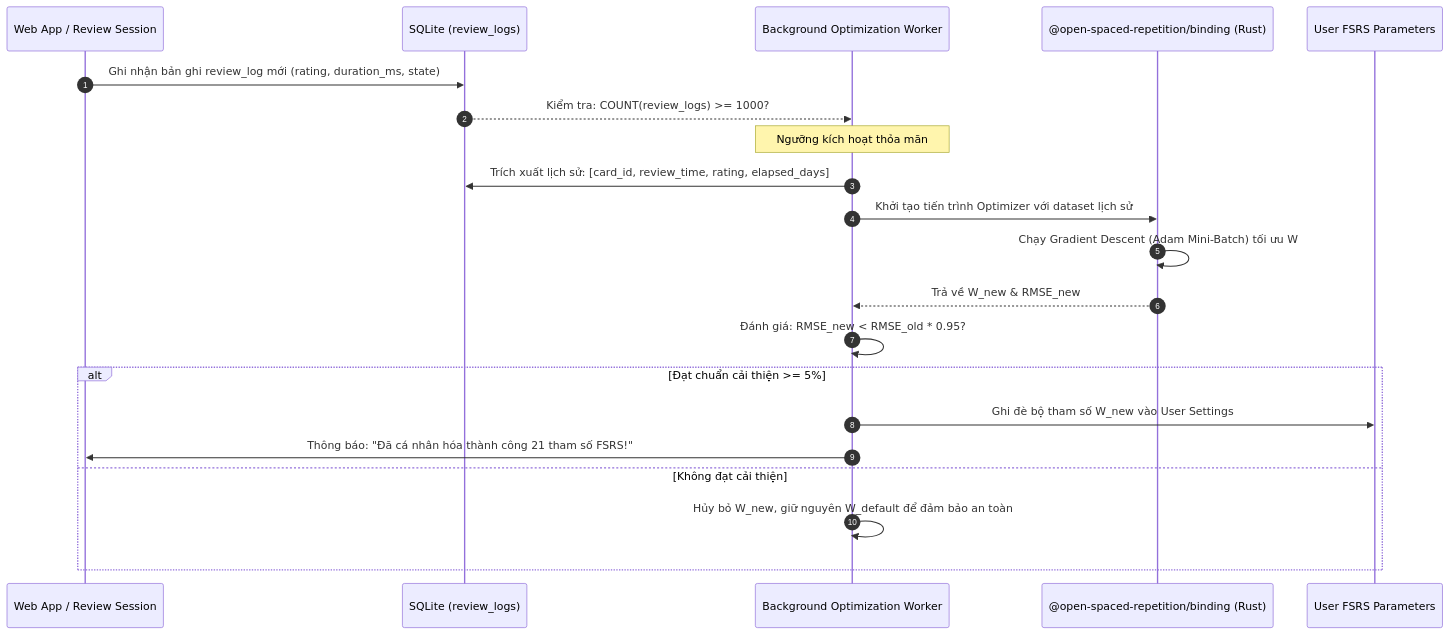
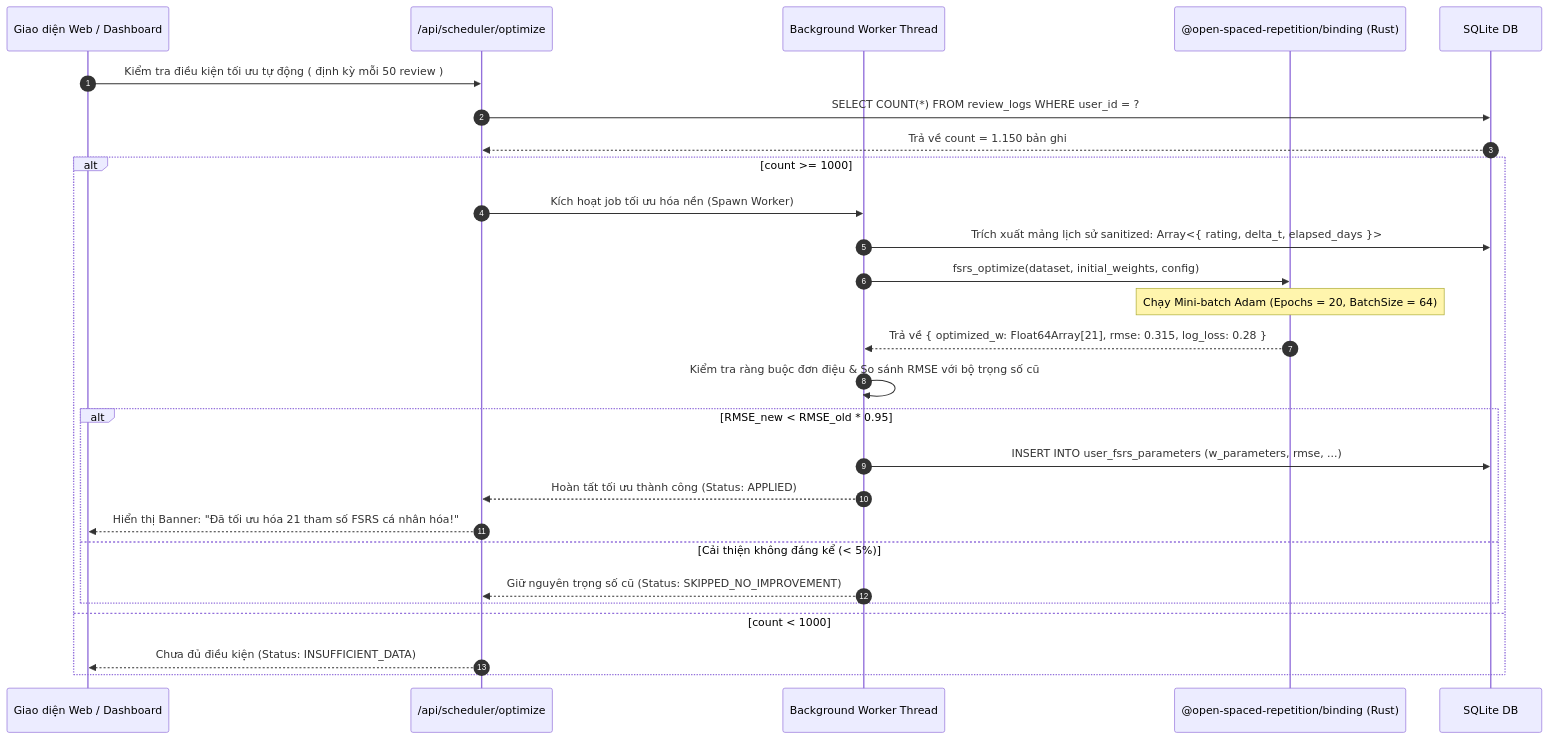
Before and after one commit to egbertbritannia-cpu/japanese-srs-system: the first of 2 diagrams in doc/14_PILLAR_1_ADAPTIVE_FSRS_AND_SEMANTIC_INTERFERENCE.md, drawn with Mermaid. The commit also changed other lines of this file and 6 other files, not shown here.

````diff
--- a/doc/14_PILLAR_1_ADAPTIVE_FSRS_AND_SEMANTIC_INTERFERENCE.md
+++ b/doc/14_PILLAR_1_ADAPTIVE_FSRS_AND_SEMANTIC_INTERFERENCE.md
@@ -43,24 +64,30 @@
 ```mermaid
 sequenceDiagram
     autonumber
-    participant Client as Web App / Review Session
-    participant DB as SQLite (review_logs)
-    participant Worker as Background Optimization Worker
+    participant UI as Giao diện Web / Dashboard
+    participant API as /api/scheduler/optimize
+    participant Worker as Background Worker Thread
     participant WASM as @open-spaced-repetition/binding (Rust)
-    participant Config as User FSRS Parameters
+    participant DB as SQLite DB
 
-    Client->>DB: Ghi nhận bản ghi review_log mới (rating, duration_ms, state)
-    DB-->>Worker: Kiểm tra: COUNT(review_logs) >= 1000?
-    Note over Worker: Ngưỡng kích hoạt thỏa mãn
-    Worker->>DB: Trích xuất lịch sử: [card_id, review_time, rating, elapsed_days]
-    Worker->>WASM: Khởi tạo tiến trình Optimizer với dataset lịch sử
-    WASM->>WASM: Chạy Gradient Descent (Adam Mini-Batch) tối ưu W
-    WASM-->>Worker: Trả về W_new & RMSE_new
-    Worker->>Worker: Đánh giá: RMSE_new < RMSE_old * 0.95?
-    alt Đạt chuẩn cải thiện >= 5%
-        Worker->>Config: Ghi đè bộ tham số W_new vào User Settings
-        Worker->>Client: Thông báo: "Đã cá nhân hóa thành công 21 tham số FSRS!"
-    else Không đạt cải thiện
-        Worker->>Worker: Hủy bỏ W_new, giữ nguyên W_default để đảm bảo an toàn
+    UI->>API: Kiểm tra điều kiện tối ưu tự động ( định kỳ mỗi 50 review )
+    API->>DB: SELECT COUNT(*) FROM review_logs WHERE user_id = ?
+    DB-->>API: Trả về count = 1.150 bản ghi
+    alt count >= 1000
+        API->>Worker: Kích hoạt job tối ưu hóa nền (Spawn Worker)
+        Worker->>DB: Trích xuất mảng lịch sử sanitized: Array<{ rating, delta_t, elapsed_days }>
+        Worker->>WASM: fsrs_optimize(dataset, initial_weights, config)
+        Note over WASM: Chạy Mini-batch Adam (Epochs = 20, BatchSize = 64)
+        WASM-->>Worker: Trả về { optimized_w: Float64Array[21], rmse: 0.315, log_loss: 0.28 }
+        Worker->>Worker: Kiểm tra ràng buộc đơn điệu & So sánh RMSE với bộ trọng số cũ
+        alt RMSE_new < RMSE_old * 0.95
+            Worker->>DB: INSERT INTO user_fsrs_parameters (w_parameters, rmse, ...)
+            Worker-->>API: Hoàn tất tối ưu thành công (Status: APPLIED)
+            API-->>UI: Hiển thị Banner: "Đã tối ưu hóa 21 tham số FSRS cá nhân hóa!"
+        else Cải thiện không đáng kể (< 5%)
+            Worker-->>API: Giữ nguyên trọng số cũ (Status: SKIPPED_NO_IMPROVEMENT)
+        end
+    else count < 1000
+        API-->>UI: Chưa đủ điều kiện (Status: INSUFFICIENT_DATA)
     end
 ```
````
